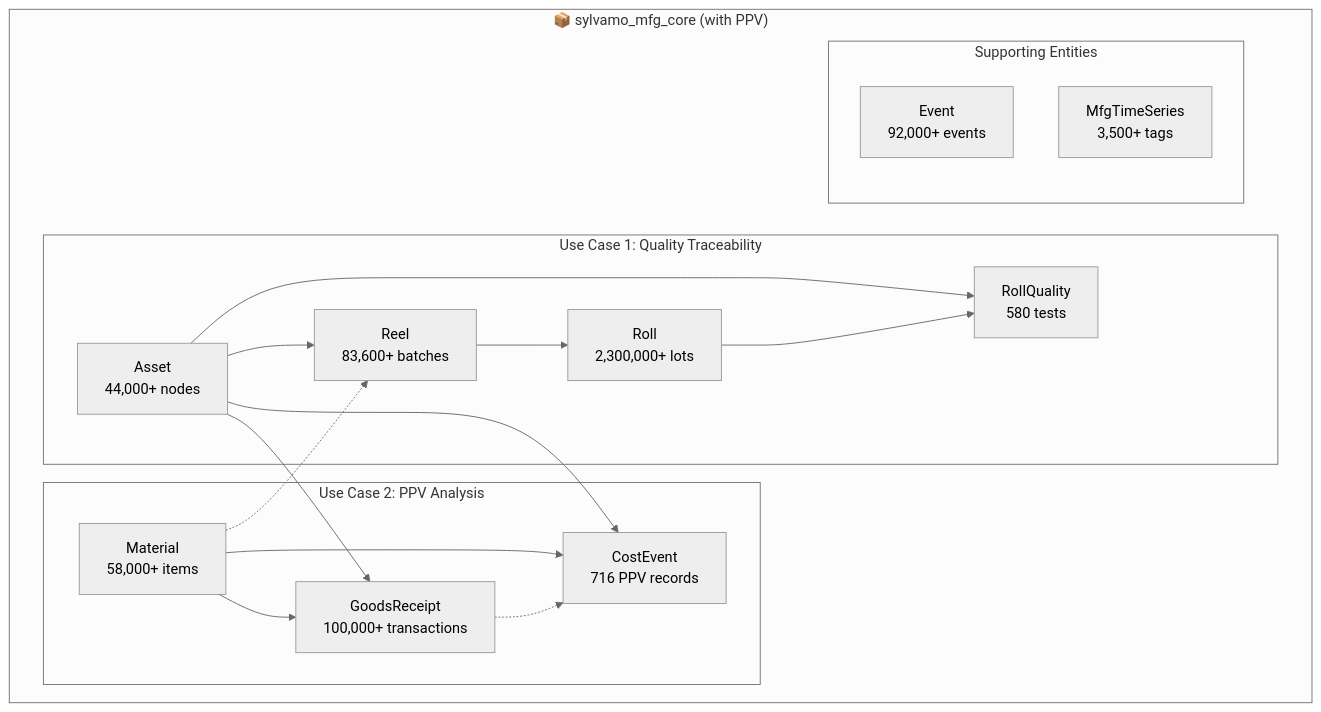
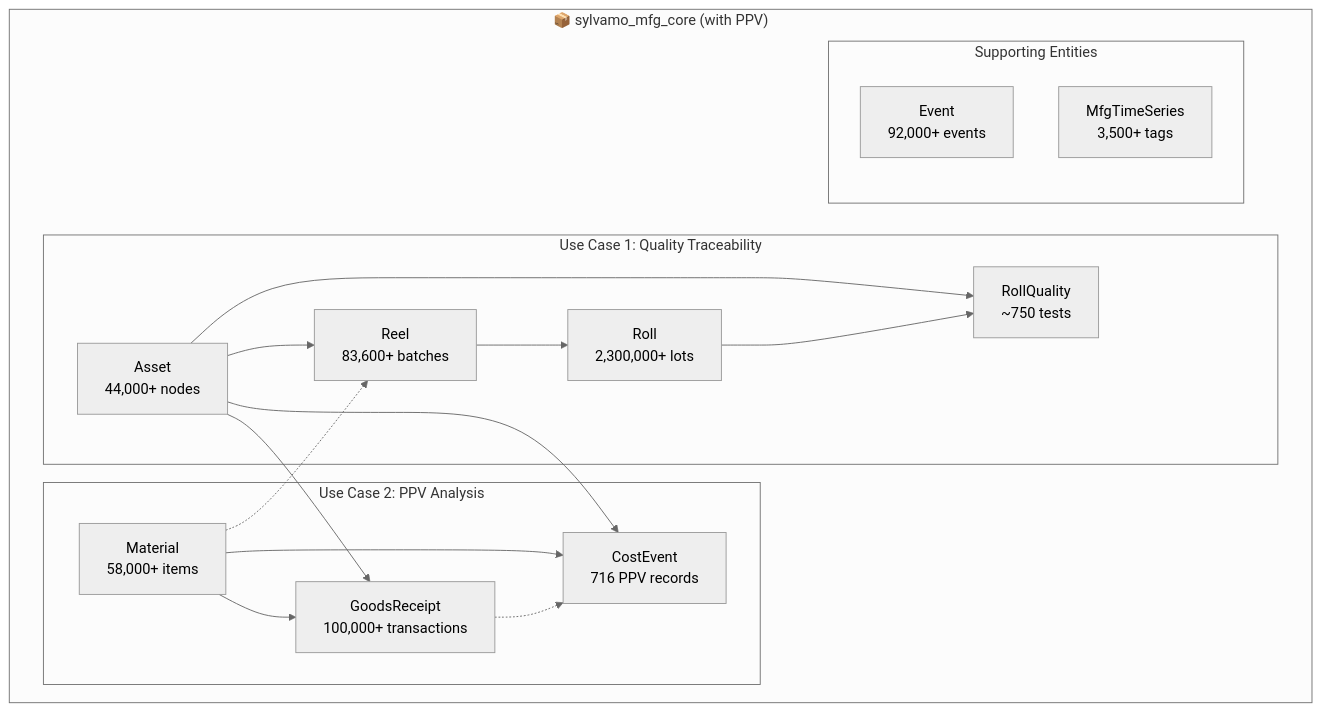
The second of 3 diagrams in docs/reference/data-model/MFG_CORE_WITH_PPV.md (fbarsoba-cognite/sylvamo-project-documentation), drawn with Mermaid (neutral theme) before and after one commit. The commit also changed 43 other files, not shown here.

````diff
--- a/docs/reference/data-model/MFG_CORE_WITH_PPV.md
+++ b/docs/reference/data-model/MFG_CORE_WITH_PPV.md
@@ -152,33 +152,33 @@
 ```mermaid
 flowchart TB
     subgraph Core["📦 sylvamo_mfg_core (with PPV)"]
         subgraph Quality["Use Case 1: Quality Traceability"]
             Asset["Asset<br/>44,000+ nodes"]
             Reel["Reel<br/>83,600+ batches"]
             Roll["Roll<br/>2,300,000+ lots"]
-            RollQuality["RollQuality<br/>580 tests"]
+            RollQuality["RollQuality<br/>~750 tests"]
         end
         
         subgraph Cost["Use Case 2: PPV Analysis"]
             Material["Material<br/>58,000+ items"]
             GoodsReceipt["GoodsReceipt<br/>100,000+ transactions"]
             CostEvent["CostEvent<br/>716 PPV records"]
         end
         
         subgraph Supporting["Supporting Entities"]
             Event["Event<br/>92,000+ events"]
             MfgTimeSeries["MfgTimeSeries<br/>3,500+ tags"]
         end
     end
 
     Asset --> Reel
     Asset --> RollQuality
     Asset --> CostEvent
     Asset --> GoodsReceipt
     Reel --> Roll
     Roll --> RollQuality
     Material --> CostEvent
     Material --> GoodsReceipt
     GoodsReceipt -.-> CostEvent
     Material -.-> Reel
 ```
````
